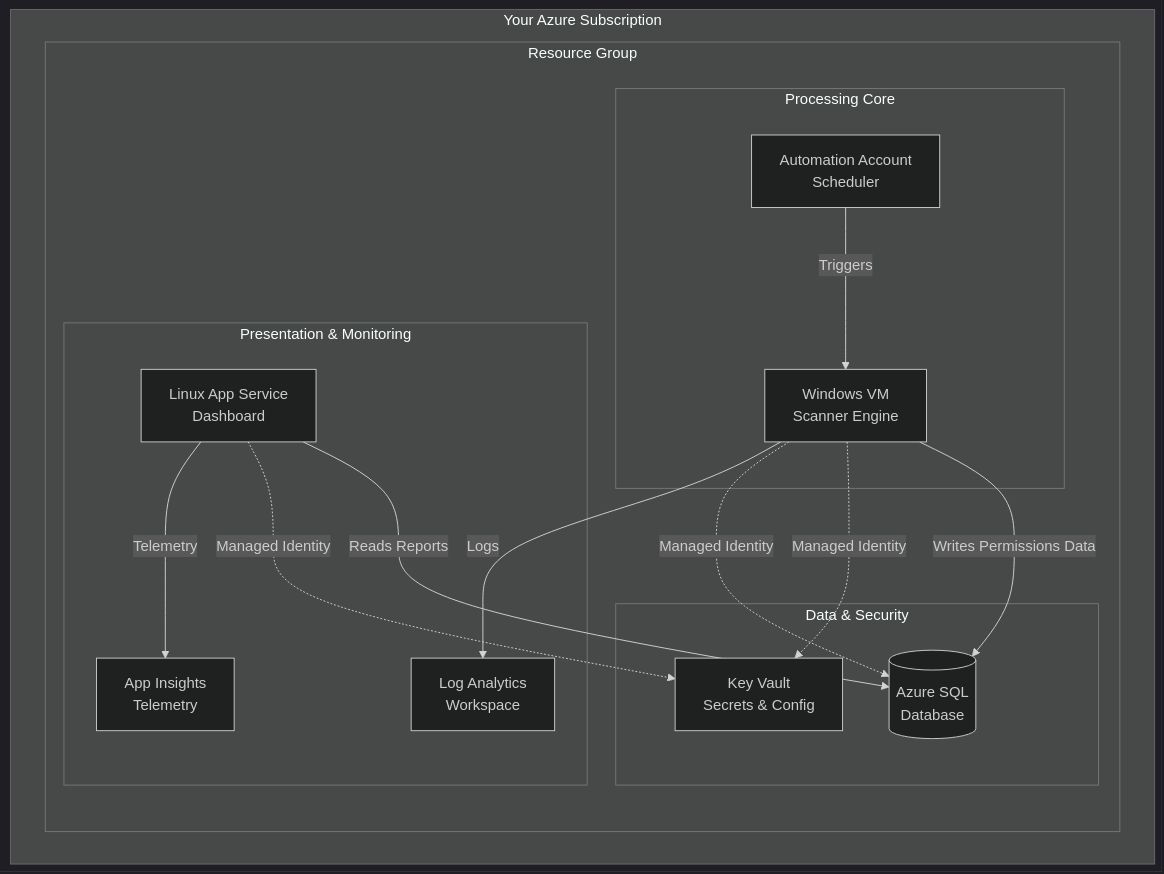
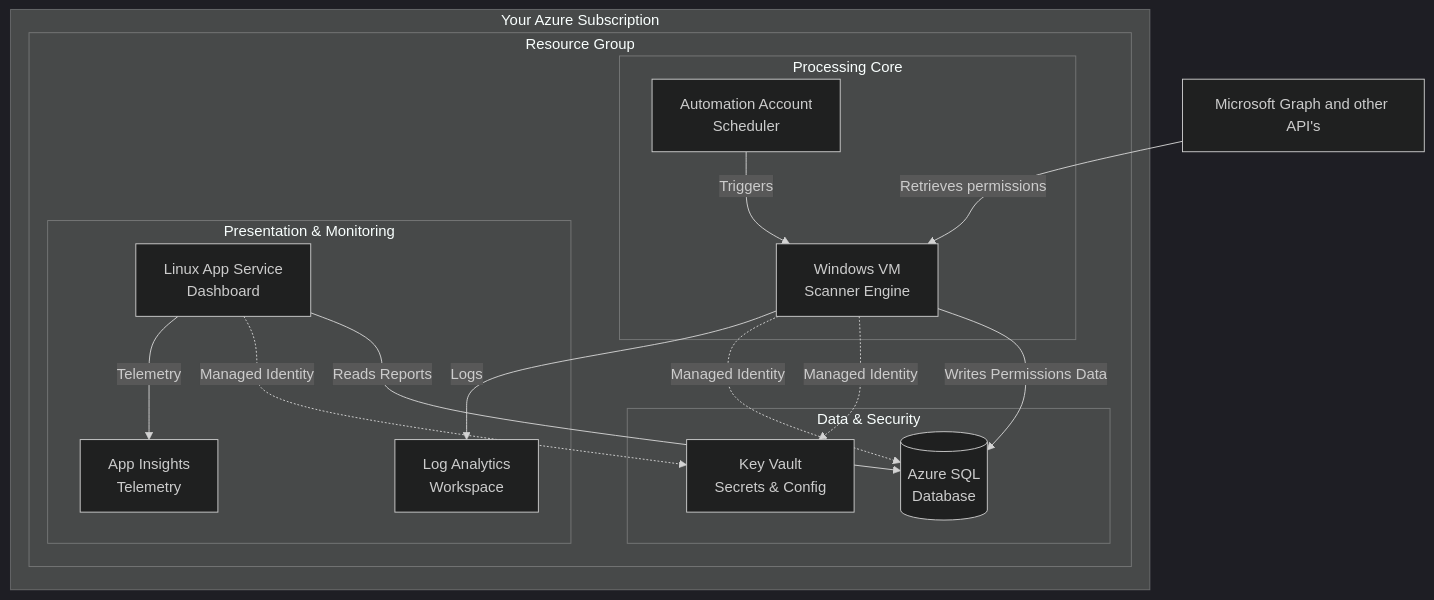
Before and after one commit to jflieben/assortedFunctionsV2: the first of 3 diagrams in M365PermissionsCloud/ARCHITECTURE.md, drawn with Mermaid (dark theme).

Commit message:
test new flow

````diff
--- a/M365PermissionsCloud/ARCHITECTURE.md
+++ b/M365PermissionsCloud/ARCHITECTURE.md
@@ -13,37 +13,39 @@
 ``` mermaid
 graph TD
+    GR[Microsoft Graph and other API's]
     subgraph "Your Azure Subscription"
         subgraph "Resource Group"
             
             subgraph "Processing Core"
                 VM[Windows VM <br/> Scanner Engine]
                 AA[Automation Account <br/> Scheduler]
             end
 
             subgraph "Data & Security"
                 SQL[(Azure SQL <br/> Database)]
                 KV[Key Vault <br/> Secrets & Config]
             end
 
             subgraph "Presentation & Monitoring"
                 WEB[Linux App Service <br/> Dashboard]
                 LAW[Log Analytics <br/> Workspace]
                 AI[App Insights <br/> Telemetry]
             end
         end
     end
 
     %% Data Flow
     AA -->|Triggers| VM
     VM -->|Writes Permissions Data| SQL
+    GR -->|Retrieves permissions| VM
     WEB -->|Reads Reports| SQL
     
     %% Security Flow
     VM -.->|Managed Identity| KV
     WEB -.->|Managed Identity| KV
     VM -.->|Managed Identity| SQL
     
     %% Monitoring
     VM -->|Logs| LAW
     WEB -->|Telemetry| AI
 ```
````
